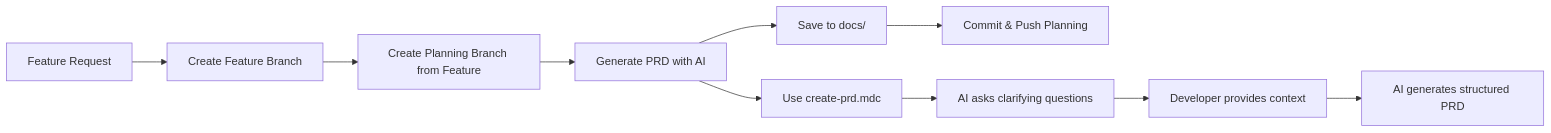
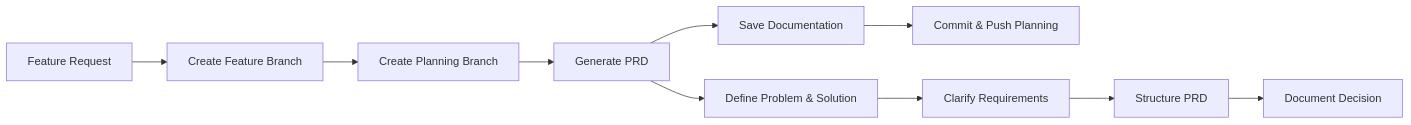
Before and after one commit to jluisflo/the-future-of-coding: the second of 5 diagrams in tdd-adoption-brief.md, drawn with Mermaid. The commit also changed other lines of this file and 2 other files, not shown here.

````diff
--- a/tdd-adoption-brief.md
+++ b/tdd-adoption-brief.md
@@ -102,14 +101,14 @@
 ```mermaid
 graph LR
     A[Feature Request] --> B[Create Feature Branch]
-    B --> C[Create Planning Branch from Feature]
-    C --> D[Generate PRD with AI]
-    D --> E[Save to docs/]
+    B --> C[Create Planning Branch]
+    C --> D[Generate PRD]
+    D --> E[Save Documentation]
     E --> F[Commit & Push Planning]
     
-    D1[Use create-prd.mdc]
+    D1[Define Problem & Solution]
     D --> D1
-    D1 --> D2[AI asks clarifying questions]
-    D2 --> D3[Developer provides context]
-    D3 --> D4[AI generates structured PRD]
+    D1 --> D2[Clarify Requirements]
+    D2 --> D3[Structure PRD]
+    D3 --> D4[Document Decision]
 ```
````
